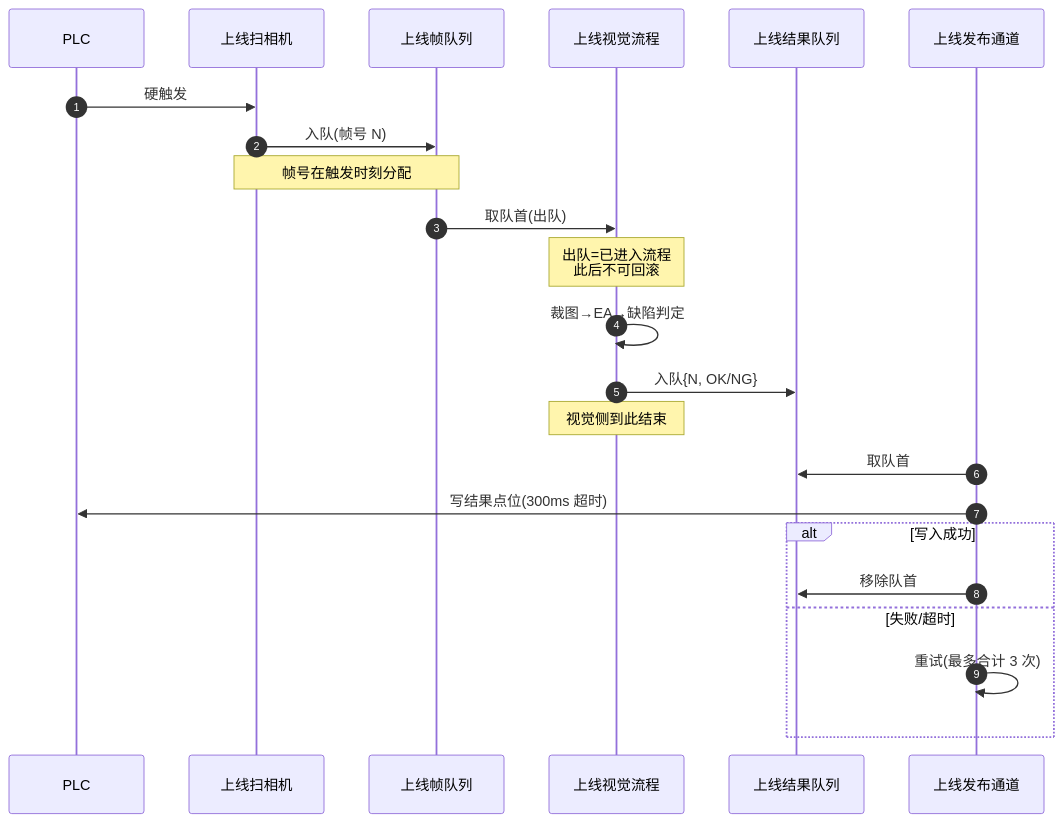
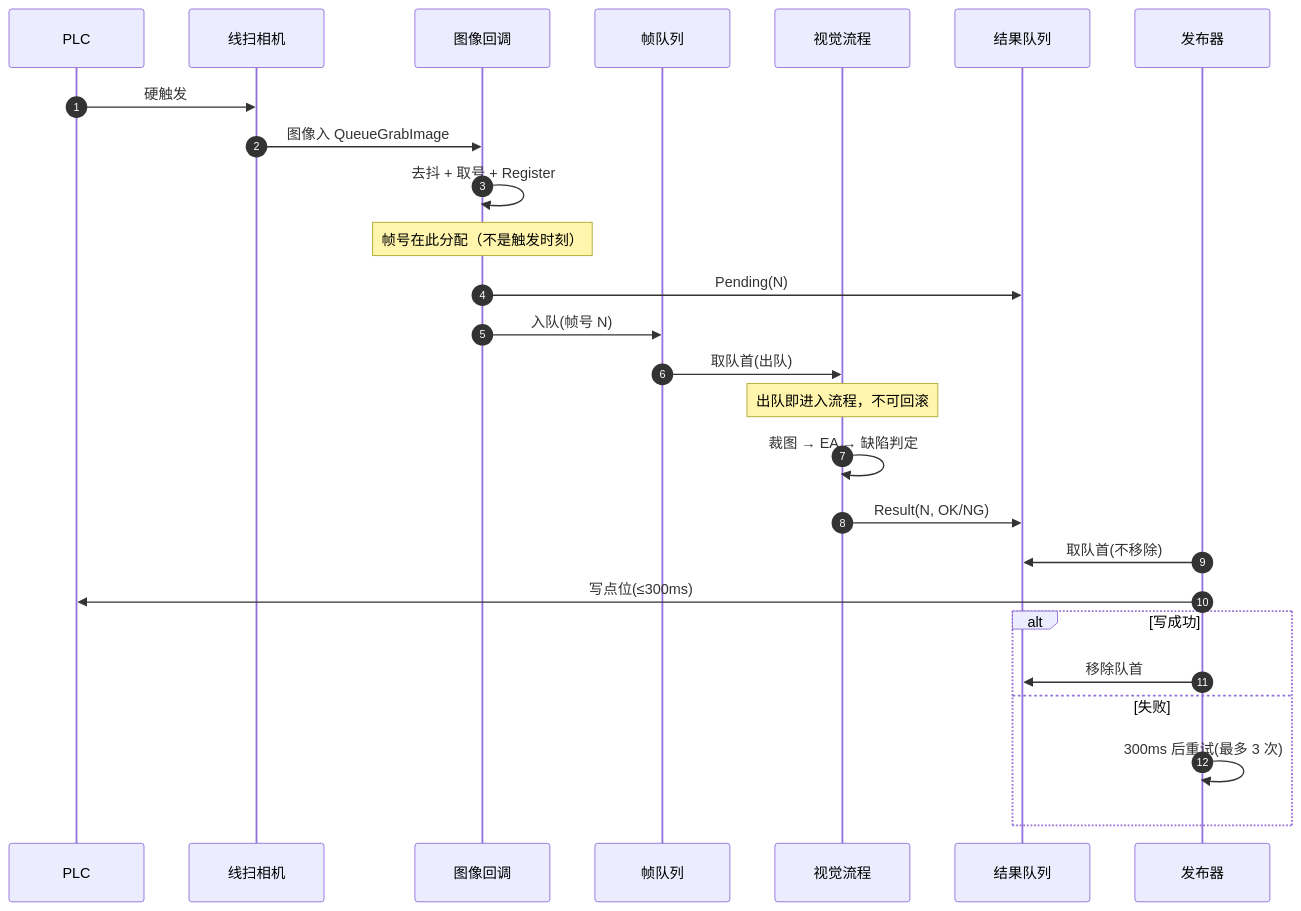
Before and after one commit to HowieKwok/die-cutter: the first of 6 diagrams in docs/五金模切_帧队列与PLC发布设计.md, drawn with Mermaid. The commit also changed other lines of this file, not shown here.

````diff
--- a/docs/五金模切_帧队列与PLC发布设计.md
+++ b/docs/五金模切_帧队列与PLC发布设计.md
@@ -300,26 +451,29 @@
 ```mermaid
 sequenceDiagram
     autonumber
     participant PLC as PLC
-    participant CamU as 上线扫相机
-    participant QU as 上线帧队列
-    participant VU as 上线视觉流程
-    participant RU as 上线结果队列
-    participant SU as 上线发布通道
+    participant Cam as 线扫相机
+    participant CB as 图像回调
+    participant Q as 帧队列
+    participant V as 视觉流程
+    participant R as 结果队列
+    participant P as 发布器
 
-    PLC->>CamU: 硬触发
-    CamU->>QU: 入队(帧号 N)
-    Note over CamU,QU: 帧号在触发时刻分配
-    QU->>VU: 取队首(出队)
-    Note over VU: 出队=已进入流程<br/>此后不可回滚
-    VU->>VU: 裁图→EA→缺陷判定
-    VU->>RU: 入队{N, OK/NG}
-    Note over VU: 视觉侧到此结束
-    SU->>RU: 取队首
-    SU->>PLC: 写结果点位(300ms 超时)
-    alt 写入成功
-        SU->>RU: 移除队首
-    else 失败/超时
-        SU->>SU: 重试(最多合计 3 次)
+    PLC->>Cam: 硬触发
+    Cam->>CB: 图像入 QueueGrabImage
+    CB->>CB: 去抖 + 取号 + Register
+    Note over CB: 帧号在此分配（不是触发时刻）
+    CB->>R: Pending(N)
+    CB->>Q: 入队(帧号 N)
+    Q->>V: 取队首(出队)
+    Note over V: 出队即进入流程，不可回滚
+    V->>V: 裁图 → EA → 缺陷判定
+    V->>R: Result(N, OK/NG)
+    P->>R: 取队首(不移除)
+    P->>PLC: 写点位(≤300ms)
+    alt 写成功
+        P->>R: 移除队首
+    else 失败
+        P->>P: 300ms 后重试(最多 3 次)
     end
 ```
````
